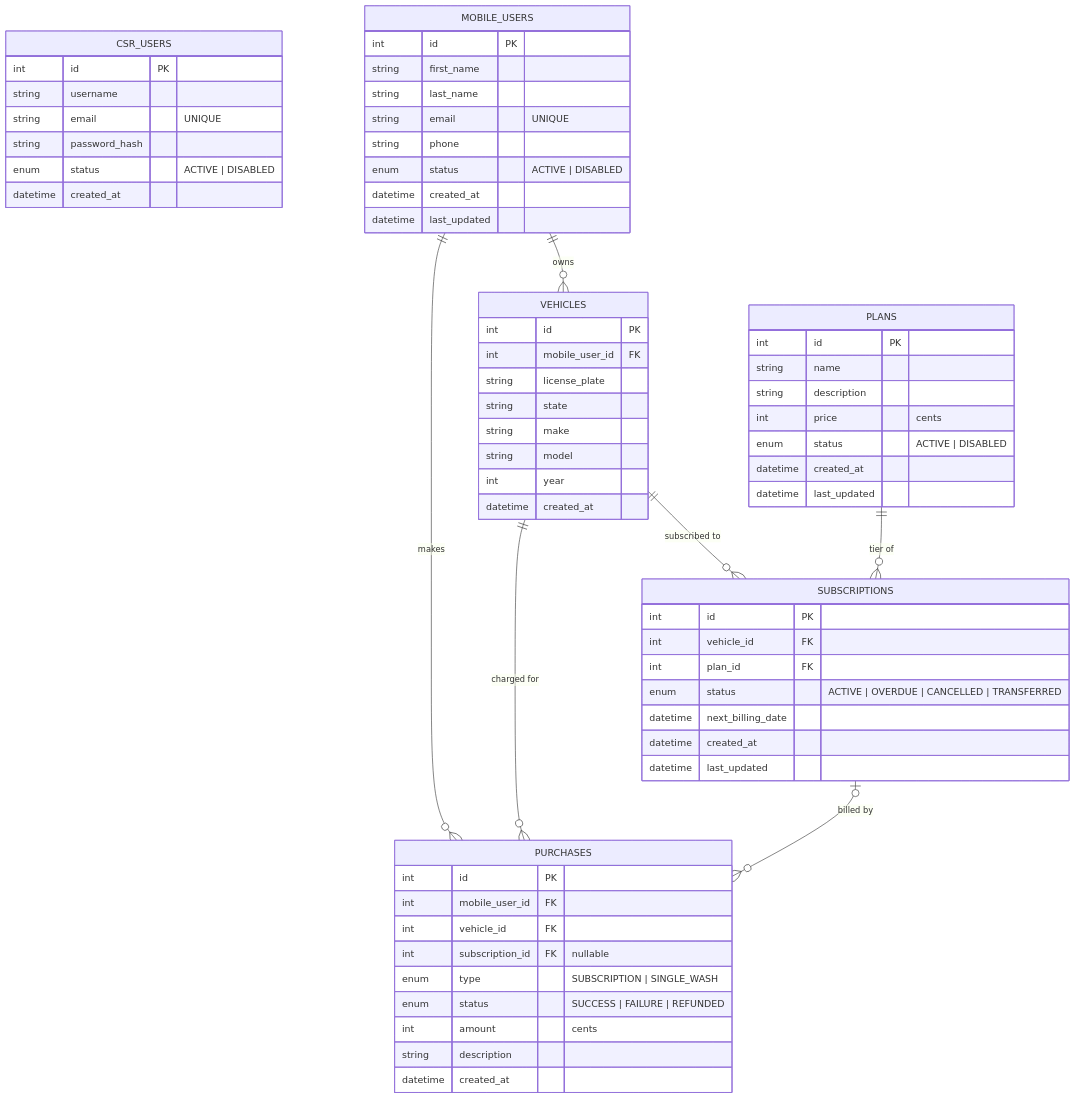
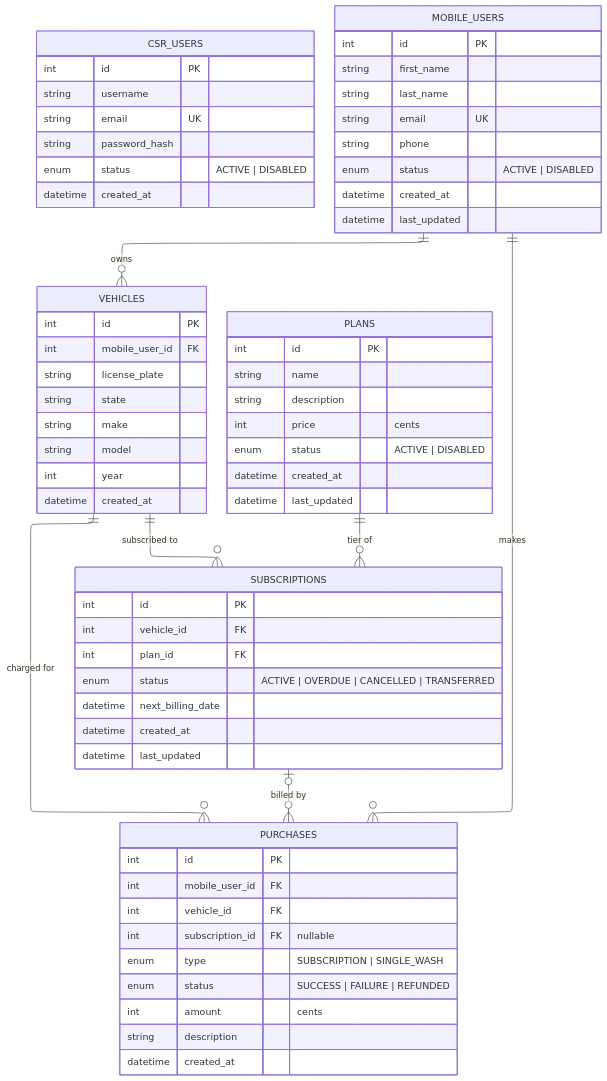
The first of 2 diagrams in ER-DIAGRAM.md (ajarnagin1992/amp-csr-portal), drawn with Mermaid before and after one commit. The commit also changed other lines of this file, not shown here.

Commit message:
updated diagram, added proposed revisions to diagram

````diff
--- a/ER-DIAGRAM.md
+++ b/ER-DIAGRAM.md
@@ -1,67 +4,76 @@
 ```mermaid
+---
+config:
+  layout: elk
+---
 erDiagram
-	CSR_USERS{
-        int id PK
-        string username
-        string email "UNIQUE"
-        string password_hash
-        enum status "ACTIVE | DISABLED"
+    CSR_USERS {
+        int      id                PK
+        string   username
+        string   email             UK
+        string   password_hash
+        enum     status               "ACTIVE | DISABLED"
         datetime created_at
-	}
-	MOBILE_USERS{
-		int id PK
-		string first_name
-		string last_name
-		string email "UNIQUE"
-		string phone
-		enum status "ACTIVE | DISABLED"
-		datetime created_at
-        datetime last_updated
-	}
-	VEHICLES{
-		int id PK
-		int mobile_user_id FK
-        string license_plate
-        string state
-        string make
-        string model
-        int year
-        datetime created_at
-	}
-    PLANS{
-        int id PK
-        string name
-        string description
-        int price "cents"
-        enum status "ACTIVE | DISABLED"
+    }
+
+    MOBILE_USERS {
+        int      id                PK
+        string   first_name
+        string   last_name
+        string   email             UK
+        string   phone
+        enum     status               "ACTIVE | DISABLED"
         datetime created_at
         datetime last_updated
     }
-	PURCHASES{
-		int id PK
-        int mobile_user_id FK
-        int vehicle_id FK
-        int subscription_id FK "nullable"
-		enum type "SUBSCRIPTION | SINGLE_WASH"
-        enum status "SUCCESS | FAILURE | REFUNDED"
-		int amount "cents"
-        string description
+
+    VEHICLES {
+        int      id                PK
+        int      mobile_user_id    FK
+        string   license_plate
+        string   state
+        string   make
+        string   model
+        int      year
         datetime created_at
-	}
-	SUBSCRIPTIONS{
-		int id PK
-		int vehicle_id FK
-        int plan_id FK
-        enum status "ACTIVE | OVERDUE | CANCELLED | TRANSFERRED"
+    }
+
+    PLANS {
+        int      id                PK
+        string   name
+        string   description
+        int      price                "cents"
+        enum     status               "ACTIVE | DISABLED"
+        datetime created_at
+        datetime last_updated
+    }
+
+    SUBSCRIPTIONS {
+        int      id                PK
+        int      vehicle_id        FK
+        int      plan_id           FK
+        enum     status               "ACTIVE | OVERDUE | CANCELLED | TRANSFERRED"
         datetime next_billing_date
         datetime created_at
         datetime last_updated
-	}
-	
-	MOBILE_USERS ||--o{ VEHICLES : "owns"
-	MOBILE_USERS ||--o{ PURCHASES : "makes"
-	VEHICLES ||--o{ SUBSCRIPTIONS : "subscribed to"
-    PLANS ||--o{ SUBSCRIPTIONS : "tier of"
-    VEHICLES ||--o{ PURCHASES : "charged for"
-    SUBSCRIPTIONS |o--o{ PURCHASES : "billed by"
+    }
+
+    PURCHASES {
+        int      id                PK
+        int      mobile_user_id    FK
+        int      vehicle_id        FK
+        int      subscription_id   FK "nullable"
+        enum     type                 "SUBSCRIPTION | SINGLE_WASH"
+        enum     status               "SUCCESS | FAILURE | REFUNDED"
+        int      amount               "cents"
+        string   description
+        datetime created_at
+    }
+
+    MOBILE_USERS  ||--o{ VEHICLES      : "owns"
+    MOBILE_USERS  ||--o{ PURCHASES     : "makes"
+    VEHICLES      ||--o{ SUBSCRIPTIONS : "subscribed to"
+    PLANS         ||--o{ SUBSCRIPTIONS : "tier of"
+    VEHICLES      ||--o{ PURCHASES     : "charged for"
+    SUBSCRIPTIONS |o--o{ PURCHASES     : "billed by"
 ```
````
